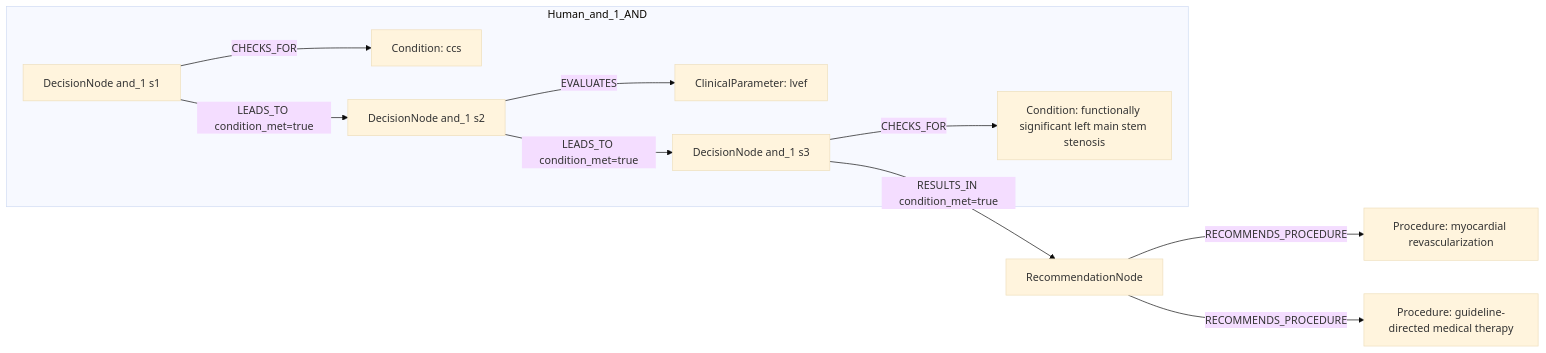
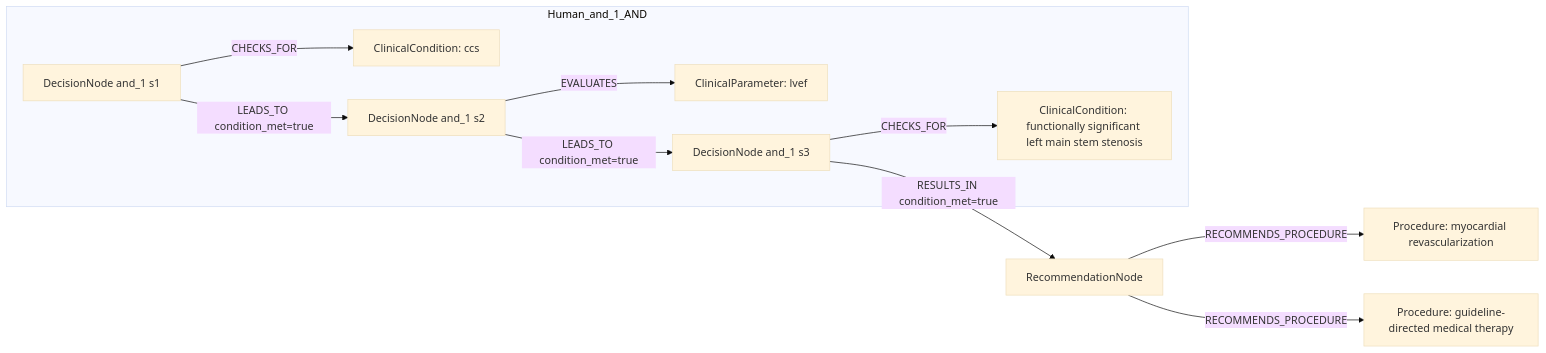
Before and after one commit to dieterich-lab/CardioGuidelinesGraph: the first of 2 diagrams in docs/table22_rows_comparison/row_06.md, drawn with Mermaid (base theme). The commit also changed other lines of this file and 20 other files, not shown here.

````diff
--- a/docs/table22_rows_comparison/row_06.md
+++ b/docs/table22_rows_comparison/row_06.md
@@ -289,22 +267,22 @@
 ```mermaid
 graph LR
   REC[RecommendationNode]
   ACT1[Procedure: myocardial revascularization]
   REC -->|RECOMMENDS_PROCEDURE| ACT1
   ACT2[Procedure: guideline-directed medical therapy]
   REC -->|RECOMMENDS_PROCEDURE| ACT2
   subgraph Human_and_1_AND
     D_and_1_1[DecisionNode and_1 s1]
-    C_and_1_1[Condition: ccs]
+    C_and_1_1[ClinicalCondition: ccs]
     D_and_1_1 -->|CHECKS_FOR| C_and_1_1
     D_and_1_2[DecisionNode and_1 s2]
     C_and_1_2[ClinicalParameter: lvef]
     D_and_1_2 -->|EVALUATES| C_and_1_2
     D_and_1_3[DecisionNode and_1 s3]
-    C_and_1_3[Condition: functionally significant left main stem stenosis]
+    C_and_1_3[ClinicalCondition: functionally significant left main stem stenosis]
     D_and_1_3 -->|CHECKS_FOR| C_and_1_3
     D_and_1_1 -->|LEADS_TO condition_met=true| D_and_1_2
     D_and_1_2 -->|LEADS_TO condition_met=true| D_and_1_3
   end
   D_and_1_3 -->|RESULTS_IN condition_met=true| REC
 ```
````
